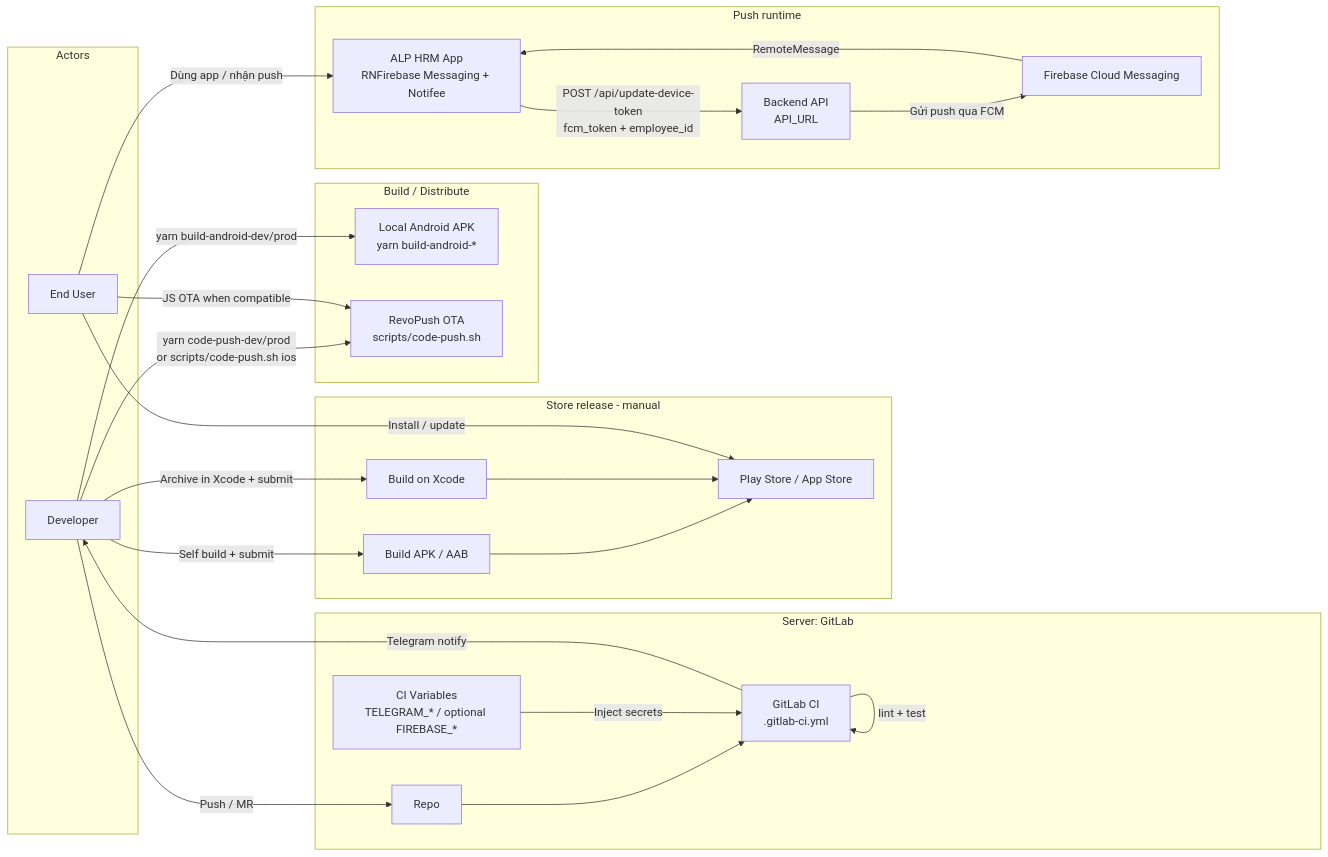
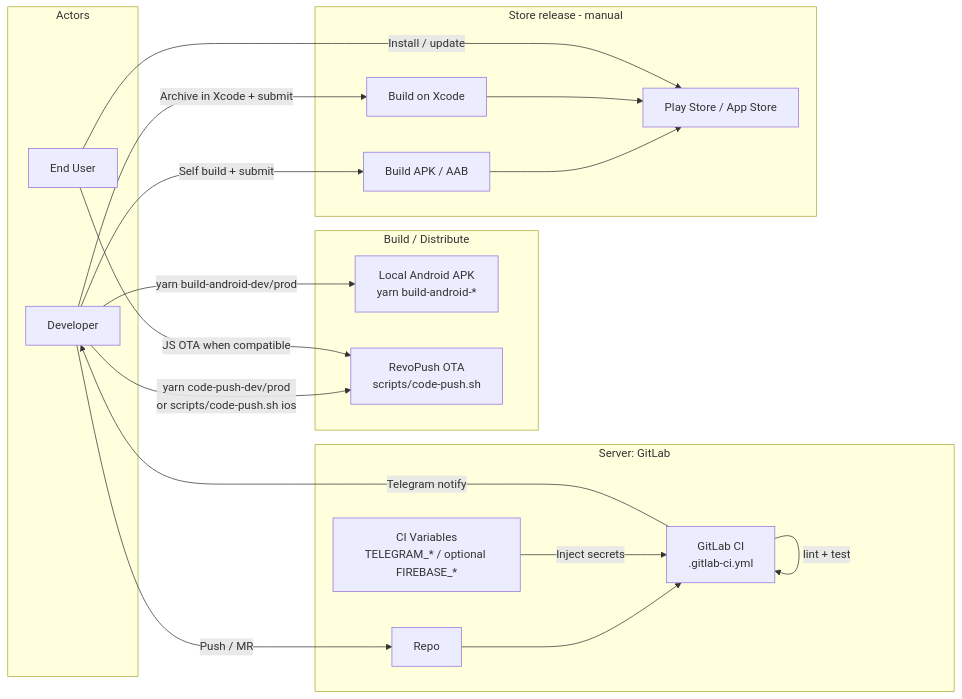
One commit to ThangTech/ALP-HRM-REACTNATIVE changed the third of 7 diagrams in README.md. Above: the diagram before and after it, drawn with Mermaid. The commit also changed other lines of this file, not shown here.

Commit message:
docs: revert Architecture Overview to CI/CD-only diagram

````diff
--- a/README.md
+++ b/README.md
@@ -461,51 +459,40 @@
 ```mermaid
 flowchart LR
   subgraph Actors
     Dev[Developer]
     EndUser[End User]
   end
 
   subgraph SCM["Server: GitLab"]
     Repo[Repo]
     CI["GitLab CI<br/>.gitlab-ci.yml"]
     Vars["CI Variables<br/>TELEGRAM_* / optional FIREBASE_*"]
   end
 
   subgraph Build["Build / Distribute"]
     LocalAndroid["Local Android APK<br/>yarn build-android-*"]
     RevoPush["RevoPush OTA<br/>scripts/code-push.sh"]
   end
 
   subgraph Store["Store release - manual"]
     AndroidBin[Build APK / AAB]
     XcodeBin[Build on Xcode]
     Stores[Play Store / App Store]
   end
 
-  subgraph PushRuntime["Push runtime"]
-    AppRN["ALP HRM App<br/>RNFirebase Messaging + Notifee"]
-    BackendAPI["Backend API<br/>API_URL"]
-    FCM["Firebase Cloud Messaging"]
-  end
-
   Dev -->|Push / MR| Repo
   Repo --> CI
   Vars -->|Inject secrets| CI
   CI -->|lint + test| CI
   CI -->|Telegram notify| Dev
 
   Dev -->|yarn build-android-dev/prod| LocalAndroid
   Dev -->|yarn code-push-dev/prod<br/>or scripts/code-push.sh ios| RevoPush
   Dev -->|Self build + submit| AndroidBin
   Dev -->|Archive in Xcode + submit| XcodeBin
   AndroidBin --> Stores
   XcodeBin --> Stores
 
   EndUser -->|Install / update| Stores
   EndUser -->|JS OTA when compatible| RevoPush
-
-  AppRN -->|"POST /api/update-device-token<br/>fcm_token + employee_id"| BackendAPI
-  BackendAPI -->|Gửi push qua FCM| FCM
-  FCM -->|RemoteMessage| AppRN
-  EndUser -->|Dùng app / nhận push| AppRN
 ```
````
